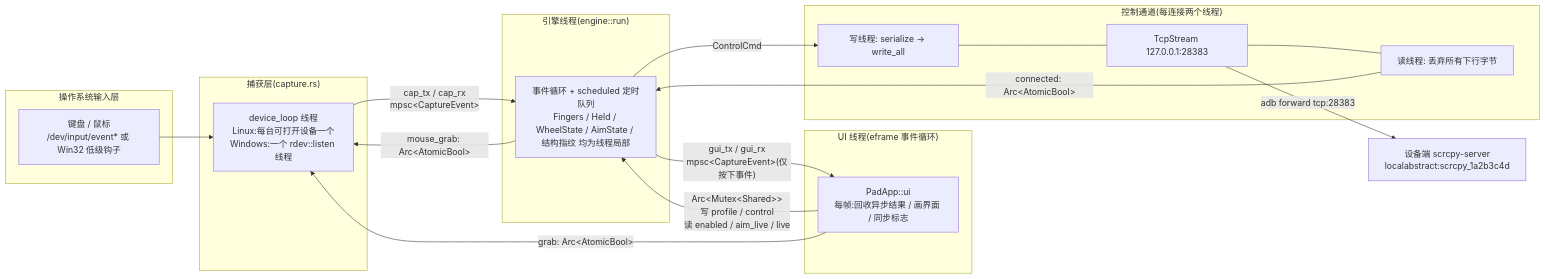
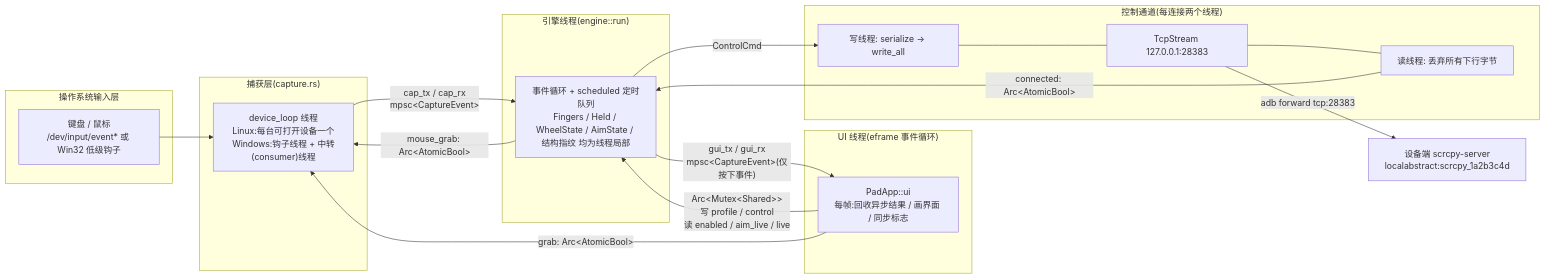
Before and after one commit to Azrl-lyh/scrcpy-pad: the second of 8 diagrams in 文档/文件与执行逻辑.md, drawn with Mermaid. The commit also changed other lines of this file and 235 other files, not shown here.

````diff
--- a/文档/文件与执行逻辑.md
+++ b/文档/文件与执行逻辑.md
@@ -341,33 +348,33 @@
 ```mermaid
 flowchart LR
     subgraph OS["操作系统输入层"]
         K["键盘 / 鼠标<br/>/dev/input/event* 或 Win32 低级钩子"]
     end
     subgraph CAP["捕获层(capture.rs)"]
-        T1["device_loop 线程<br/>Linux:每台可打开设备一个<br/>Windows:一个 rdev::listen 线程"]
+        T1["device_loop 线程<br/>Linux:每台可打开设备一个<br/>Windows:钩子线程 + 中转(consumer)线程"]
     end
     subgraph ENG["引擎线程(engine::run)"]
         E["事件循环 + scheduled 定时队列<br/>Fingers / Held / WheelState / AimState / 结构指纹 均为线程局部"]
     end
     subgraph UI["UI 线程(eframe 事件循环)"]
         U["PadApp::ui<br/>每帧:回收异步结果 / 画界面 / 同步标志"]
     end
     subgraph NET["控制通道(每连接两个线程)"]
         W["写线程: serialize → write_all"]
         R["读线程: 丢弃所有下行字节"]
         S["TcpStream 127.0.0.1:28383"]
     end
     D["设备端 scrcpy-server<br/>localabstract:scrcpy_1a2b3c4d"]
 
     K --> T1
     T1 -- "cap_tx / cap_rx<br/>mpsc&lt;CaptureEvent&gt;" --> E
     E -- "gui_tx / gui_rx<br/>mpsc&lt;CaptureEvent&gt;(仅按下事件)" --> U
     U -- "Arc&lt;Mutex&lt;Shared&gt;&gt;<br/>写 profile / control<br/>读 enabled / aim_live / live" --> E
     E -- "mouse_grab: Arc&lt;AtomicBool&gt;" --> T1
     U -- "grab: Arc&lt;AtomicBool&gt;" --> T1
     E -- "ControlCmd" --> W
     W --- S
     S --- R
     R -- "connected: Arc&lt;AtomicBool&gt;" --> E
     S -- "adb forward tcp:28383" --> D
 ```
````
